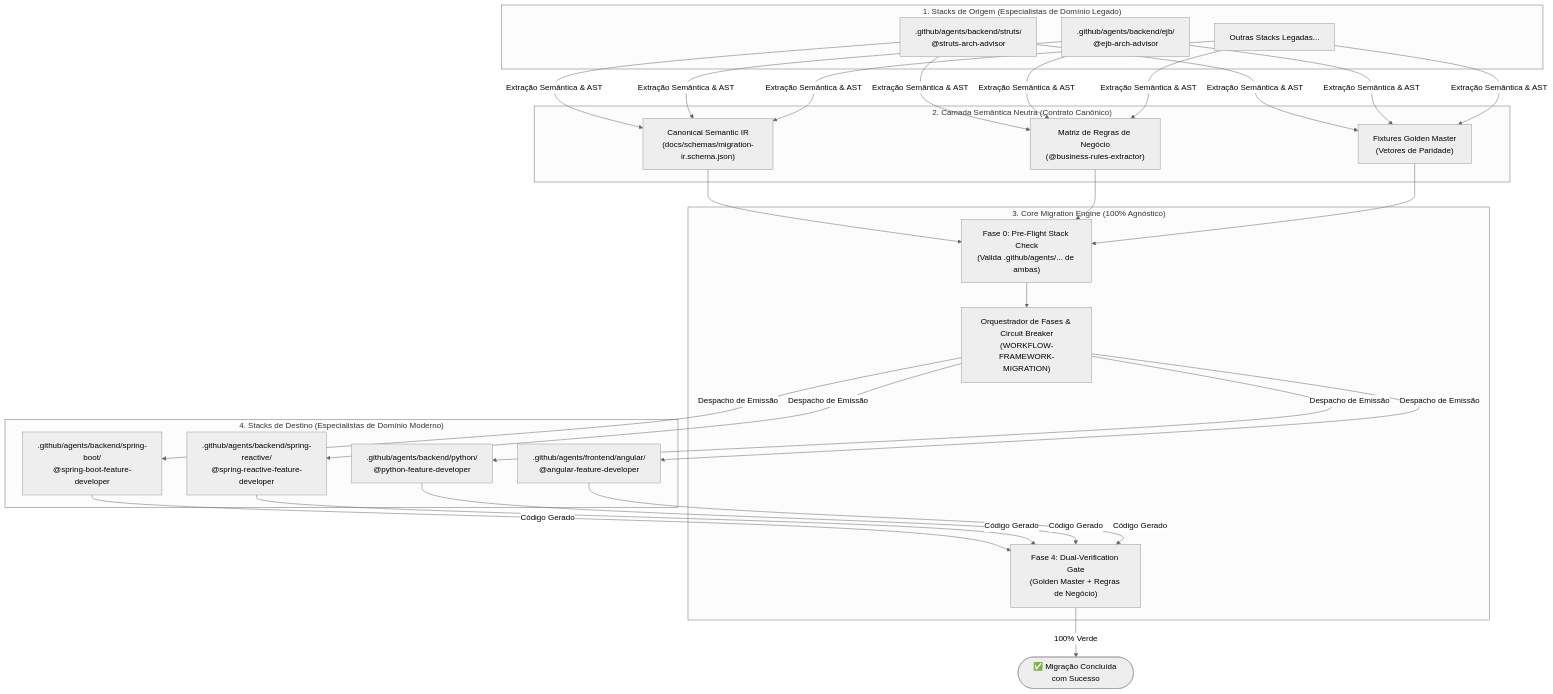
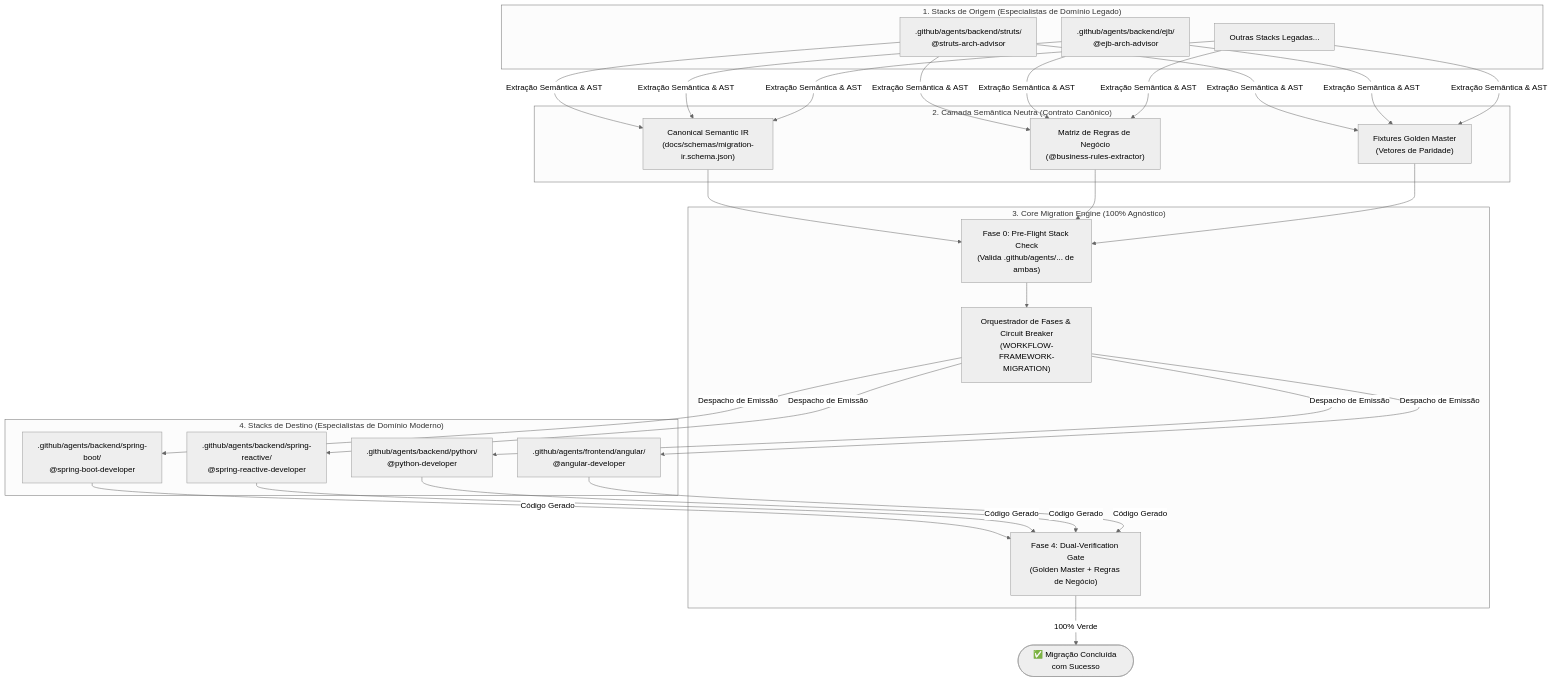
Before and after one commit to jezreel8858/deep-agents-copilot: the diagram in docs/plan/plano-motor-migracao-agnostica.md, drawn with Mermaid (neutral theme). The commit also changed other lines of this file and 134 other files, not shown here.

````diff
--- a/docs/plan/plano-motor-migracao-agnostica.md
+++ b/docs/plan/plano-motor-migracao-agnostica.md
@@ -22,33 +22,33 @@
 ```mermaid
 flowchart TD
     subgraph Origin["1. Stacks de Origem (Especialistas de Domínio Legado)"]
         Struts[".github/agents/backend/struts/<br/>@struts-arch-advisor"]
         EJB[".github/agents/backend/ejb/<br/>@ejb-arch-advisor"]
         OtherLegacy["Outras Stacks Legadas..."]
     end
 
     subgraph IR["2. Camada Semântica Neutra (Contrato Canônico)"]
         IRSchema["Canonical Semantic IR<br/>(docs/schemas/migration-ir.schema.json)"]
         RulesMatrix["Matriz de Regras de Negócio<br/>(@business-rules-extractor)"]
         GoldenMaster["Fixtures Golden Master<br/>(Vetores de Paridade)"]
     end
 
     subgraph Core["3. Core Migration Engine (100% Agnóstico)"]
         PreFlightGate["Fase 0: Pre-Flight Stack Check<br/>(Valida .github/agents/... de ambas)"]
         StateMachine["Orquestrador de Fases & Circuit Breaker<br/>(WORKFLOW-FRAMEWORK-MIGRATION)"]
         DualVerification["Fase 4: Dual-Verification Gate<br/>(Golden Master + Regras de Negócio)"]
     end
 
     subgraph Target["4. Stacks de Destino (Especialistas de Domínio Moderno)"]
-        SpringBoot[".github/agents/backend/spring-boot/<br/>@spring-boot-feature-developer"]
-        SpringReactive[".github/agents/backend/spring-reactive/<br/>@spring-reactive-feature-developer"]
-        Python[".github/agents/backend/python/<br/>@python-feature-developer"]
-        Angular[".github/agents/frontend/angular/<br/>@angular-feature-developer"]
+        SpringBoot[".github/agents/backend/spring-boot/<br/>@spring-boot-developer"]
+        SpringReactive[".github/agents/backend/spring-reactive/<br/>@spring-reactive-developer"]
+        Python[".github/agents/backend/python/<br/>@python-developer"]
+        Angular[".github/agents/frontend/angular/<br/>@angular-developer"]
     end
 
     Struts & EJB & OtherLegacy -->|Extração Semântica & AST| IRSchema & RulesMatrix & GoldenMaster
     IRSchema & RulesMatrix & GoldenMaster --> PreFlightGate --> StateMachine
     StateMachine -->|Despacho de Emissão| SpringBoot & SpringReactive & Python & Angular
     SpringBoot & SpringReactive & Python & Angular -->|Código Gerado| DualVerification
     DualVerification -->|100% Verde| Approved(["✅ Migração Concluída com Sucesso"])
 ```
````
